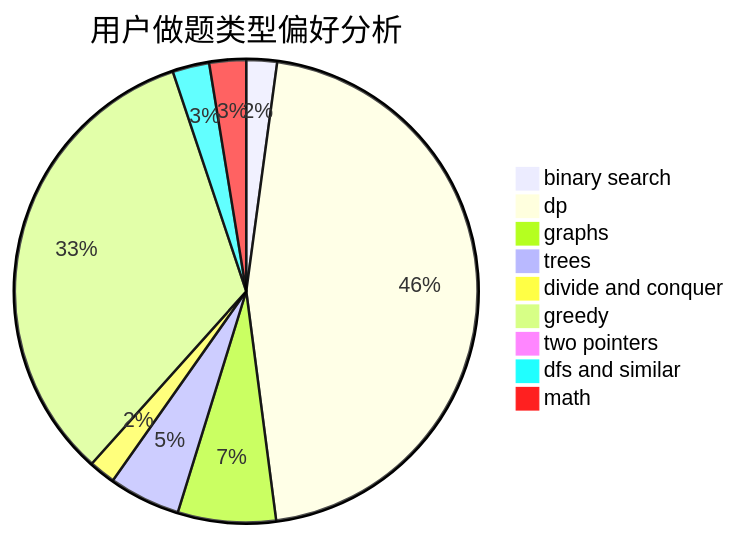
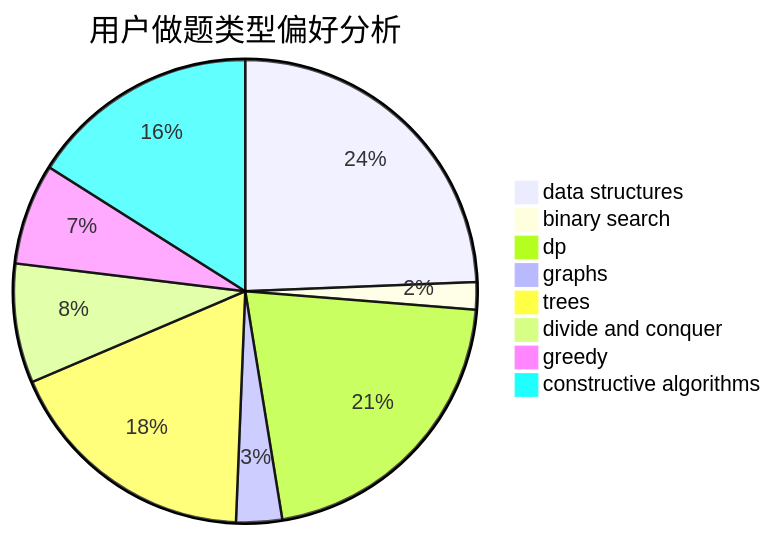
The second of 3 diagrams in docs/user/u2462.md (sherpahu/cfrs.github.io), drawn with Mermaid before and after one commit. The commit also changed other lines of this file and 2775 other files, not shown here.

````diff
--- a/docs/user/u2462.md
+++ b/docs/user/u2462.md
@@ -23,12 +23,11 @@
 ```mermaid
 pie title 用户做题类型偏好分析
-    "binary search" :  15
-    "dp" :  321
-    "graphs" :  48
-    "trees" :  35
+    "data structures" :  38
+    "binary search" :  3
+    "dp" :  33
+    "graphs" :  5
+    "trees" :  28
     "divide and conquer" :  13
-    "greedy" :  233
-    "two pointers" :  1
-    "dfs and similar" :  18
-    "math" :  18
+    "greedy" :  11
+    "constructive algorithms" :  25
 ```
````
